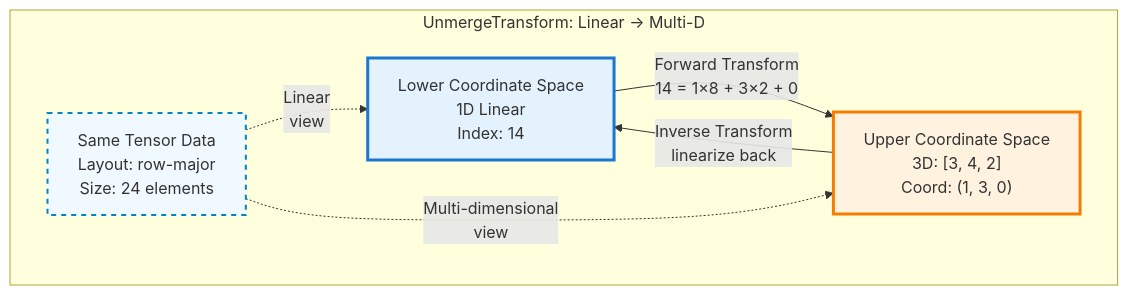
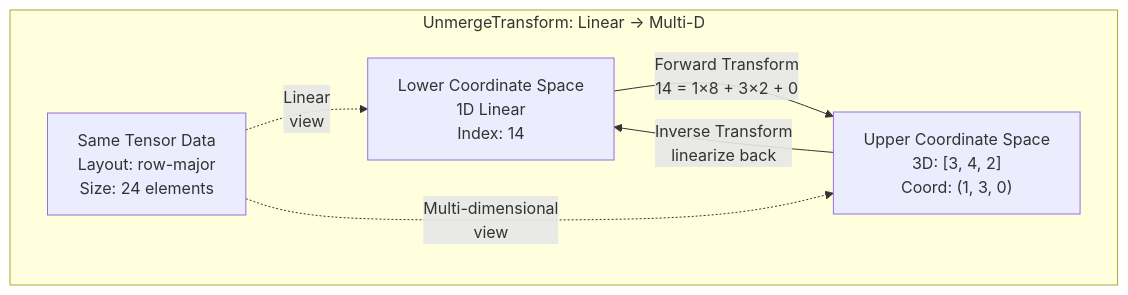
Before and after one commit to hdt98/rocm-libraries: the fourth of 12 diagrams in projects/composablekernel/docs/conceptual/ck_tile/transforms.rst, drawn with Mermaid. The commit also changed other lines of this file and 21 other files, not shown here.

First line of the commit message:
[ck] Updated CK Tile documentation to use mermaid diagrams (#7955)

```diff
--- a/projects/composablekernel/docs/conceptual/ck_tile/transforms.rst
+++ b/projects/composablekernel/docs/conceptual/ck_tile/transforms.rst
@@ -193,19 +147,15 @@
-      .. mermaid::
-      
-         graph TB
-             subgraph "UnmergeTransform: Linear → Multi-D"
-                 LS["Lower Coordinate Space<br/>1D Linear<br/>Index: 14"]
-                 US["Upper Coordinate Space<br/>3D: [3, 4, 2]<br/>Coord: (1, 3, 0)"]
-                 
-                 DATA["Same Tensor Data<br/>Layout: row-major<br/>Size: 24 elements"]
-             end
-             
-             LS -->|"Forward Transform<br/>14 = 1×8 + 3×2 + 0"| US
-             US -->|"Inverse Transform<br/>linearize back"| LS
-             
-             DATA -.->|"Linear<br/>view"| LS
-             DATA -.->|"Multi-dimensional<br/>view"| US
-             
-             style LS fill:#e3f2fd,stroke:#1976d2,stroke-width:3px
-             style US fill:#fff3e0,stroke:#f57c00,stroke-width:3px
-             style DATA fill:#f0f9ff,stroke:#0284c7,stroke-width:2px,stroke-dasharray: 5 5
+.. mermaid::
+
+   graph TB
+       subgraph "UnmergeTransform: Linear → Multi-D"
+           LS["Lower Coordinate Space<br/>1D Linear<br/>Index: 14"]
+           US["Upper Coordinate Space<br/>3D: [3, 4, 2]<br/>Coord: (1, 3, 0)"]
+
+           DATA["Same Tensor Data<br/>Layout: row-major<br/>Size: 24 elements"]
+       end
+
+       LS -->|"Forward Transform<br/>14 = 1×8 + 3×2 + 0"| US
+       US -->|"Inverse Transform<br/>linearize back"| LS
+
+       DATA -.->|"Linear<br/>view"| LS
+       DATA -.->|"Multi-dimensional<br/>view"| US
```
